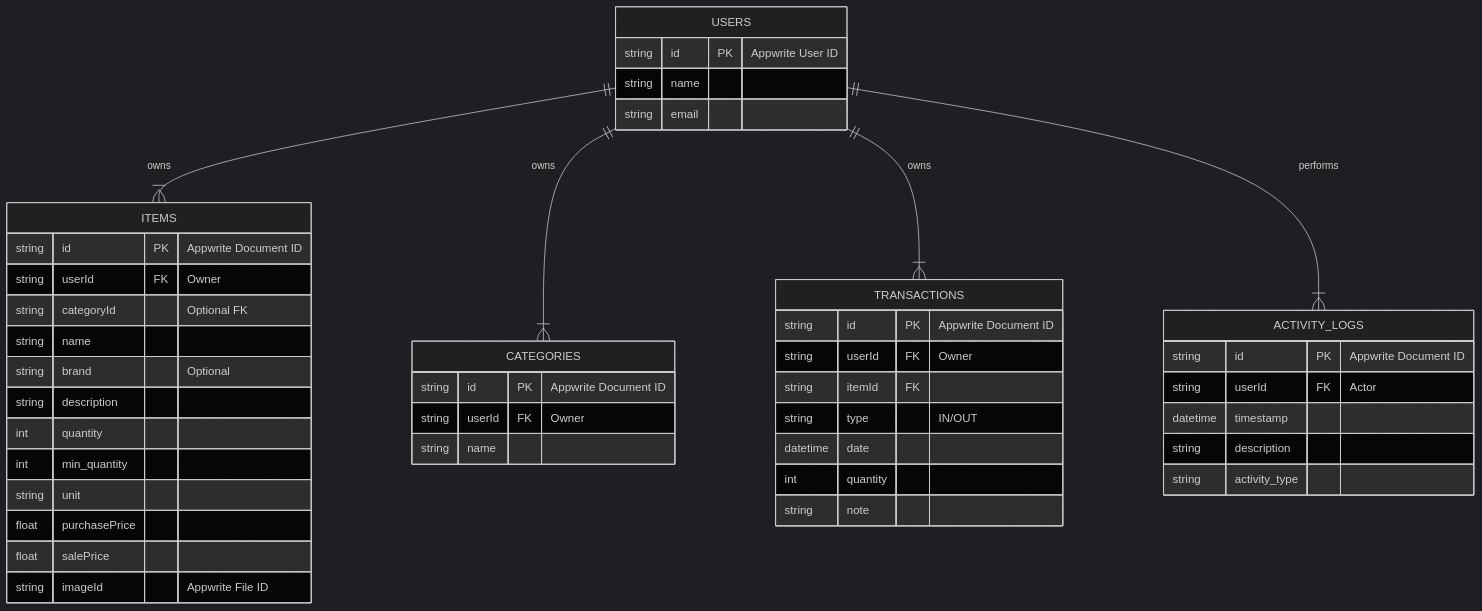
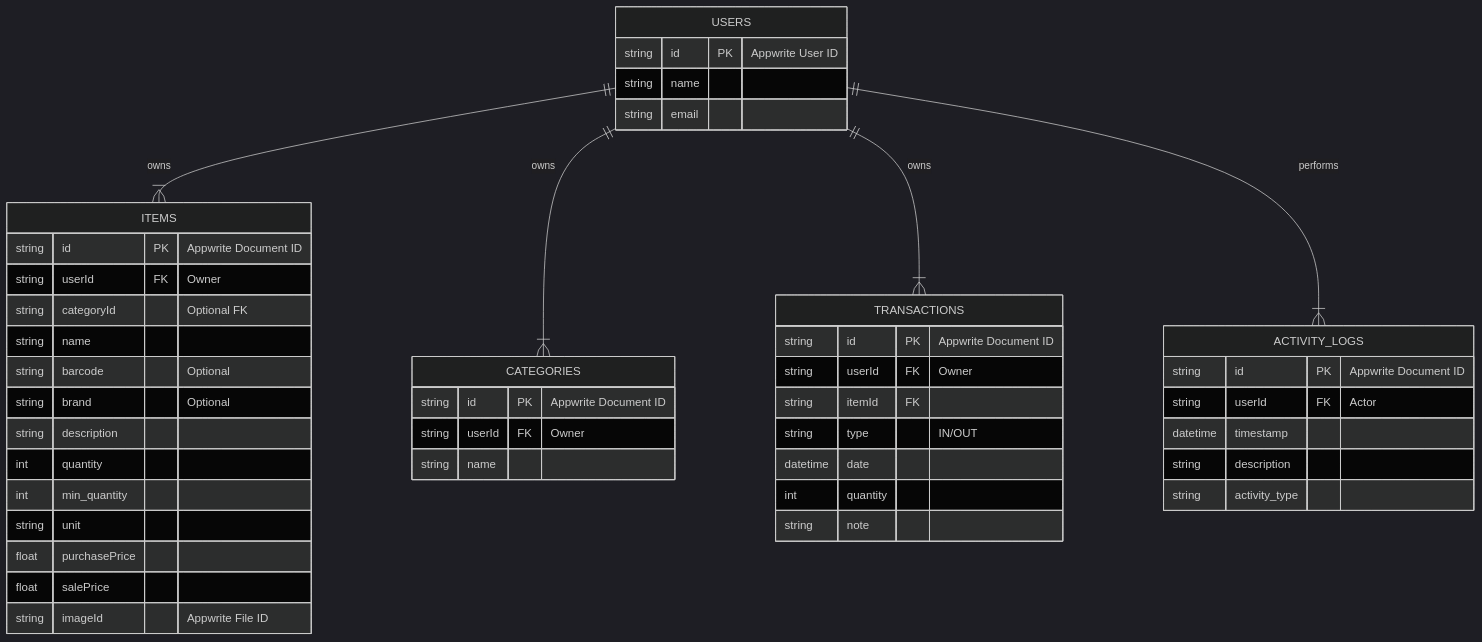
One commit to azharmlnf/inventory-apps changed the diagram in ERD.md. Above: the diagram before and after it, drawn with Mermaid (dark theme). The commit also changed 6 other files, not shown here.

````diff
--- a/ERD.md
+++ b/ERD.md
@@ -4,52 +4,53 @@
 ```mermaid
 erDiagram
     USERS ||--|{ ITEMS : "owns"
     USERS ||--|{ CATEGORIES : "owns"
     USERS ||--|{ TRANSACTIONS : "owns"
     USERS ||--|{ ACTIVITY_LOGS : "performs"
     
     USERS {
         string id PK "Appwrite User ID"
         string name
         string email
     }
 
     ITEMS {
         string id PK "Appwrite Document ID"
         string userId FK "Owner"
         string categoryId "Optional FK"
         string name
+        string barcode "Optional"
         string brand "Optional"
         string description
         int quantity
         int min_quantity
         string unit
         float purchasePrice
         float salePrice
         string imageId "Appwrite File ID"
     }
 
     CATEGORIES {
         string id PK "Appwrite Document ID"
         string userId FK "Owner"
         string name
     }
 
     TRANSACTIONS {
         string id PK "Appwrite Document ID"
         string userId FK "Owner"
         string itemId FK
         string type "IN/OUT"
         datetime date
         int quantity
         string note
     }
 
     ACTIVITY_LOGS {
         string id PK "Appwrite Document ID"
         string userId FK "Actor"
         datetime timestamp
         string description
         string activity_type
     }
 ```
````
